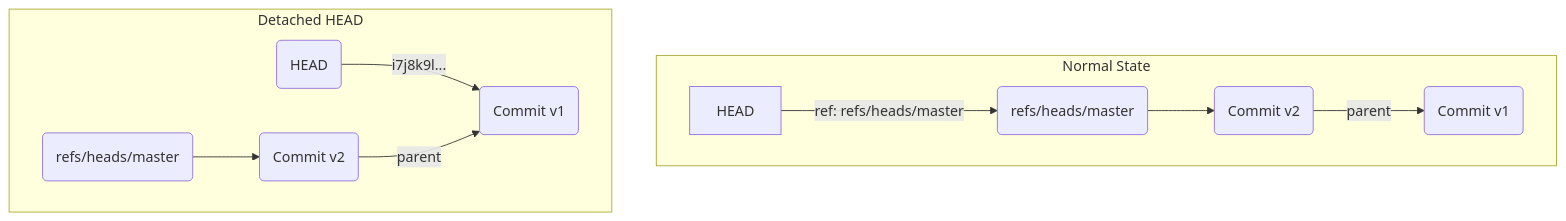
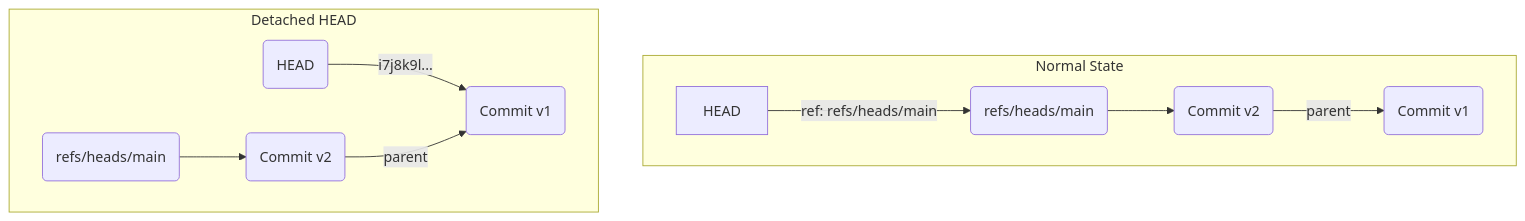
The diagram in manuscript/part2/chapter12.md (engineers-hub-ltd-in-house-project/git-deep-understanding), drawn with Mermaid before and after one commit. The commit also changed other lines of this file and 36 other files, not shown here.

````diff
--- a/manuscript/part2/chapter12.md
+++ b/manuscript/part2/chapter12.md
@@ -133,14 +131,14 @@
 ```mermaid
 graph TD
     subgraph "Normal State"
-        HEAD -- "ref: refs/heads/master" --> MasterRef("refs/heads/master")
-        MasterRef --> C2("Commit v2")
+        HEAD -- "ref: refs/heads/main" --> MainRef("refs/heads/main")
+        MainRef --> C2("Commit v2")
         C2 -- parent --> C1("Commit v1")
     end
 
     subgraph "Detached HEAD"
         HEAD_detached("HEAD") -- "i7j8k9l..." --> C1_detached("Commit v1")
-        MasterRef_detached("refs/heads/master") --> C2_detached("Commit v2")
+        MainRef_detached("refs/heads/main") --> C2_detached("Commit v2")
         C2_detached -- parent --> C1_detached
     end
 ```
````
